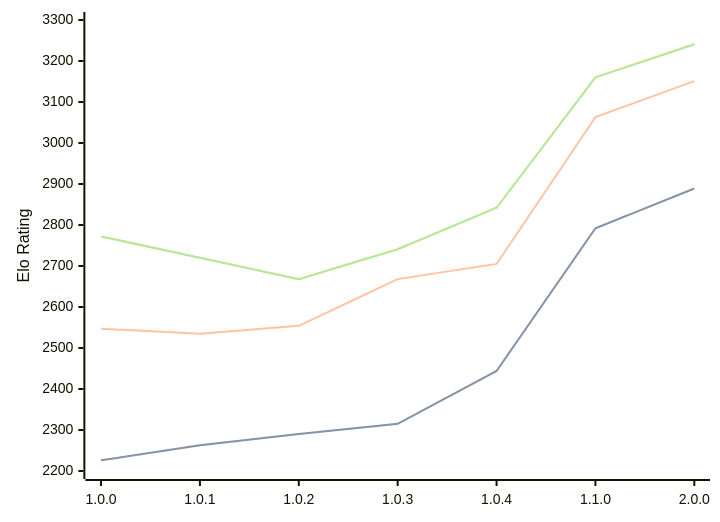
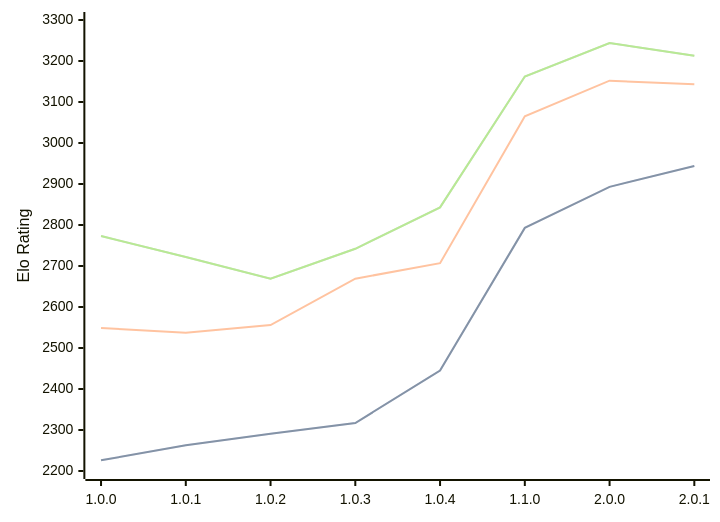
Before and after one commit to computer-chess-index/cci: the diagram in engines/Grail.md, drawn with Mermaid. The commit also changed other lines of this file, not shown here.

Commit message:
Update CCI Ratings (ELO VLTC) - 2026-06-11

````diff
--- a/engines/Grail.md
+++ b/engines/Grail.md
@@ -37,11 +38,11 @@
 ```mermaid
 %%{init: {"theme":"base","themeVariables":{"seriesColors:['#a3a3a3','#222221','#faa371']}}}%%
 xychart-beta
-  x-axis ["1.0.0", "1.0.1", "1.0.2", "1.0.3", "1.0.4", "1.1.0", "2.0.0"]
+  x-axis ["1.0.0", "1.0.1", "1.0.2", "1.0.3", "1.0.4", "1.1.0", "2.0.0", "2.0.1"]
   y-axis "Elo Rating" 2200 --> 3300
-  line "STC (8.0+0.08s)" [2226, 2263, 2290, 2315, 2444, 2792, 2889]
-  line "STC (8.0+0.08s)" [2226, 2263, 2290, 2315, 2444, 2792, 2889]
-  line "LTC (60.0+0.60s)" [2547, 2535, 2554, 2668, 2705, 3063, 3151]
-  line "VLTC (2m24s+1.12s)" [2772, 2720, 2668, 2741, 2842, 3160, 3241]
-  line "VLTC (2m24s+1.12s)" [2772, 2720, 2668, 2741, 2842, 3160, 3241]
+  line "STC (8.0+0.08s)" [2226, 2263, 2291, 2317, 2445, 2793, 2893, 2944]
+  line "STC (8.0+0.08s)" [2226, 2263, 2291, 2317, 2445, 2793, 2893, 2944]
+  line "LTC (60.0+0.60s)" [2549, 2537, 2556, 2669, 2707, 3065, 3152, 3143]
+  line "VLTC (2m24s+1.12s)" [2773, 2722, 2669, 2742, 2843, 3162, 3244, 3213]
+  line "VLTC (2m24s+1.12s)" [2773, 2722, 2669, 2742, 2843, 3162, 3244, 3213]
 ```
````
